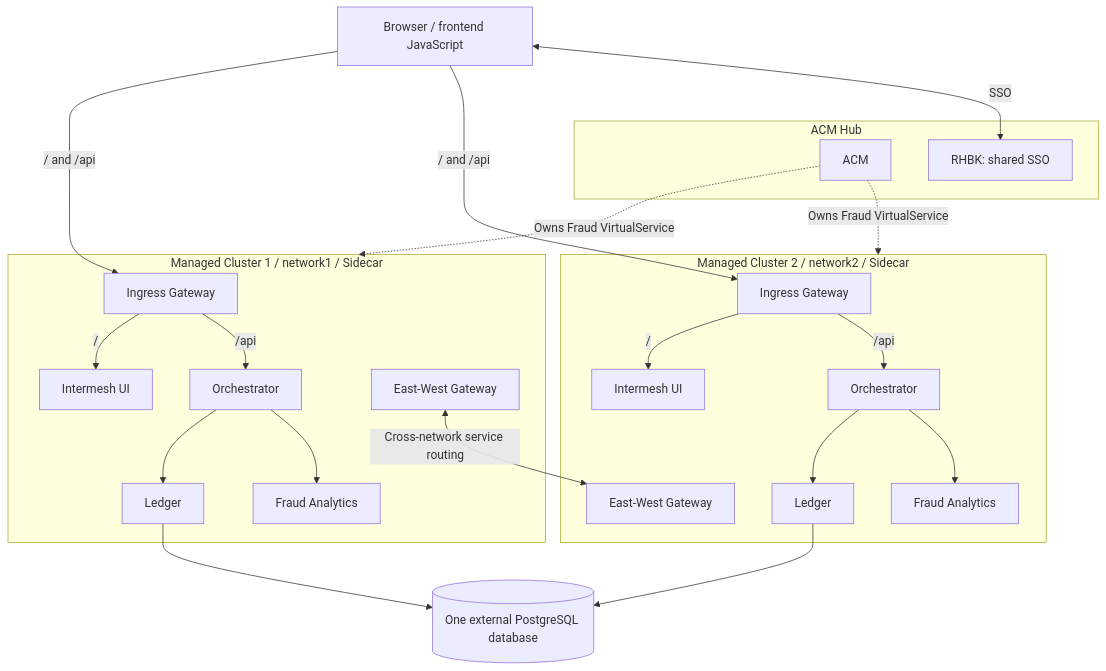
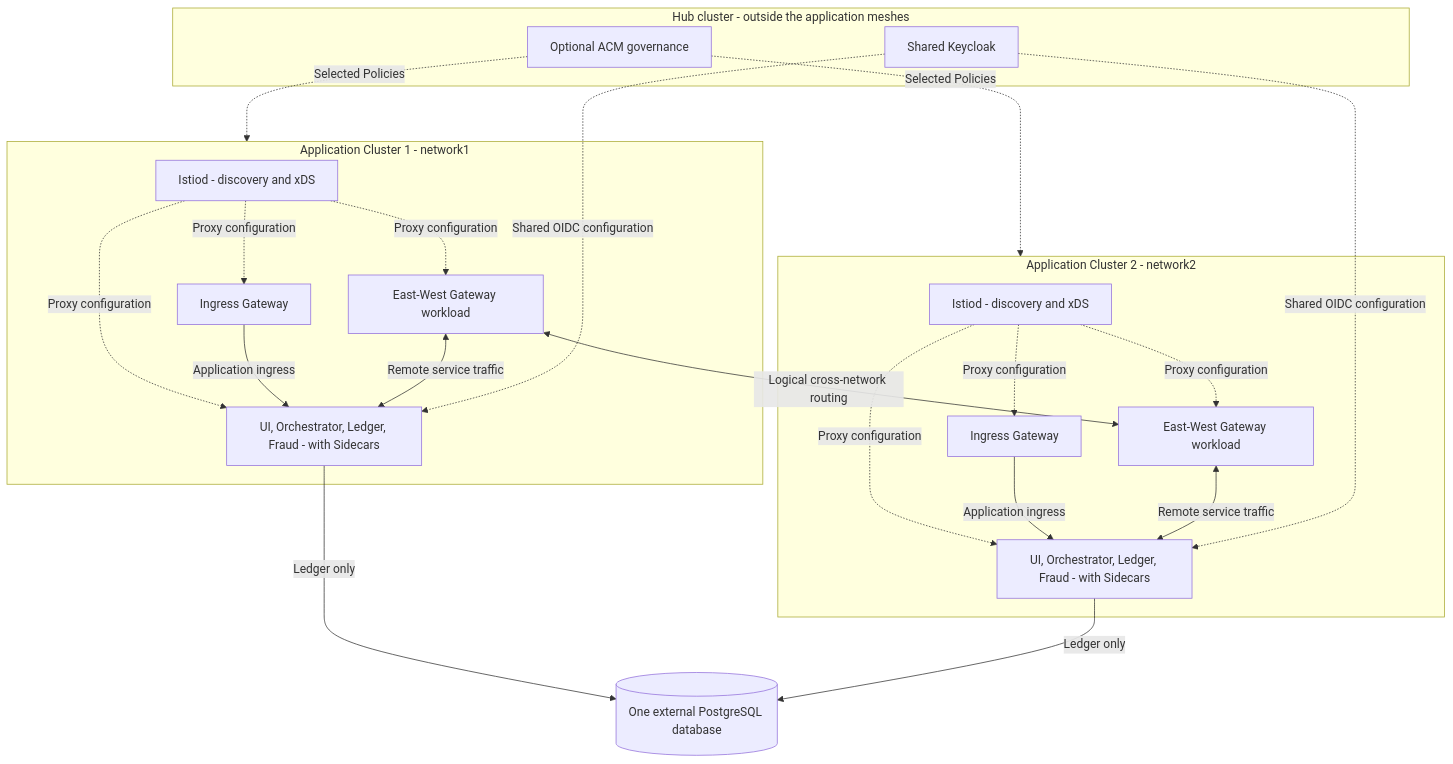
The first of 2 diagrams in docs/deployment-architecture.md (giovanniizzi/intermesh-bank), drawn with Mermaid before and after one commit. The commit also changed other lines of this file and 359 other files, not shown here.

````diff
--- a/docs/deployment-architecture.md
+++ b/docs/deployment-architecture.md
@@ -21,31 +12,37 @@
 ```mermaid
 flowchart TB
-  BROWSER["Browser / frontend JavaScript"]
-  subgraph HUB["ACM Hub"]
-    ACM["ACM"]
-    SSO["RHBK: shared SSO"]
+  subgraph H["Hub cluster - outside the application meshes"]
+    ACM["Optional ACM governance"]
+    KC["Shared Keycloak"]
   end
-  subgraph C1["Managed Cluster 1 / network1 / Sidecar"]
-    IG1["Ingress Gateway"] -->|"/"| UI1["Intermesh UI"]
-    IG1 -->|"/api"| O1["Orchestrator"]
-    O1 --> L1["Ledger"]
-    O1 --> F1["Fraud Analytics"]
-    EW1["East-West Gateway"]
+  subgraph N1["Application Cluster 1 - network1"]
+    CP1["Istiod - discovery and xDS"]
+    IG1["Ingress Gateway"]
+    EW1["East-West Gateway workload"]
+    A1["UI, Orchestrator, Ledger, Fraud - with Sidecars"]
+    CP1 -. "Proxy configuration" .-> IG1
+    CP1 -. "Proxy configuration" .-> EW1
+    CP1 -. "Proxy configuration" .-> A1
+    IG1 -->|"Application ingress"| A1
+    EW1 <-->|"Remote service traffic"| A1
   end
-  subgraph C2["Managed Cluster 2 / network2 / Sidecar"]
-    IG2["Ingress Gateway"] -->|"/"| UI2["Intermesh UI"]
-    IG2 -->|"/api"| O2["Orchestrator"]
-    O2 --> L2["Ledger"]
-    O2 --> F2["Fraud Analytics"]
-    EW2["East-West Gateway"]
+  subgraph N2["Application Cluster 2 - network2"]
+    CP2["Istiod - discovery and xDS"]
+    IG2["Ingress Gateway"]
+    EW2["East-West Gateway workload"]
+    A2["UI, Orchestrator, Ledger, Fraud - with Sidecars"]
+    CP2 -. "Proxy configuration" .-> IG2
+    CP2 -. "Proxy configuration" .-> EW2
+    CP2 -. "Proxy configuration" .-> A2
+    IG2 -->|"Application ingress"| A2
+    EW2 <-->|"Remote service traffic"| A2
   end
   DB[("One external PostgreSQL database")]
-  BROWSER -->|"/ and /api"| IG1
-  BROWSER -->|"/ and /api"| IG2
-  BROWSER <-->|"SSO"| SSO
-  ACM -. "Owns Fraud VirtualService" .-> C1
-  ACM -. "Owns Fraud VirtualService" .-> C2
-  L1 --> DB
-  L2 --> DB
-  EW1 <-->|"Cross-network service routing"| EW2
+  ACM -. "Selected Policies" .-> N1
+  ACM -. "Selected Policies" .-> N2
+  KC -. "Shared OIDC configuration" .-> A1
+  KC -. "Shared OIDC configuration" .-> A2
+  A1 -->|"Ledger only"| DB
+  A2 -->|"Ledger only"| DB
+  EW1 <-->|"Logical cross-network routing"| EW2
 ```
````
